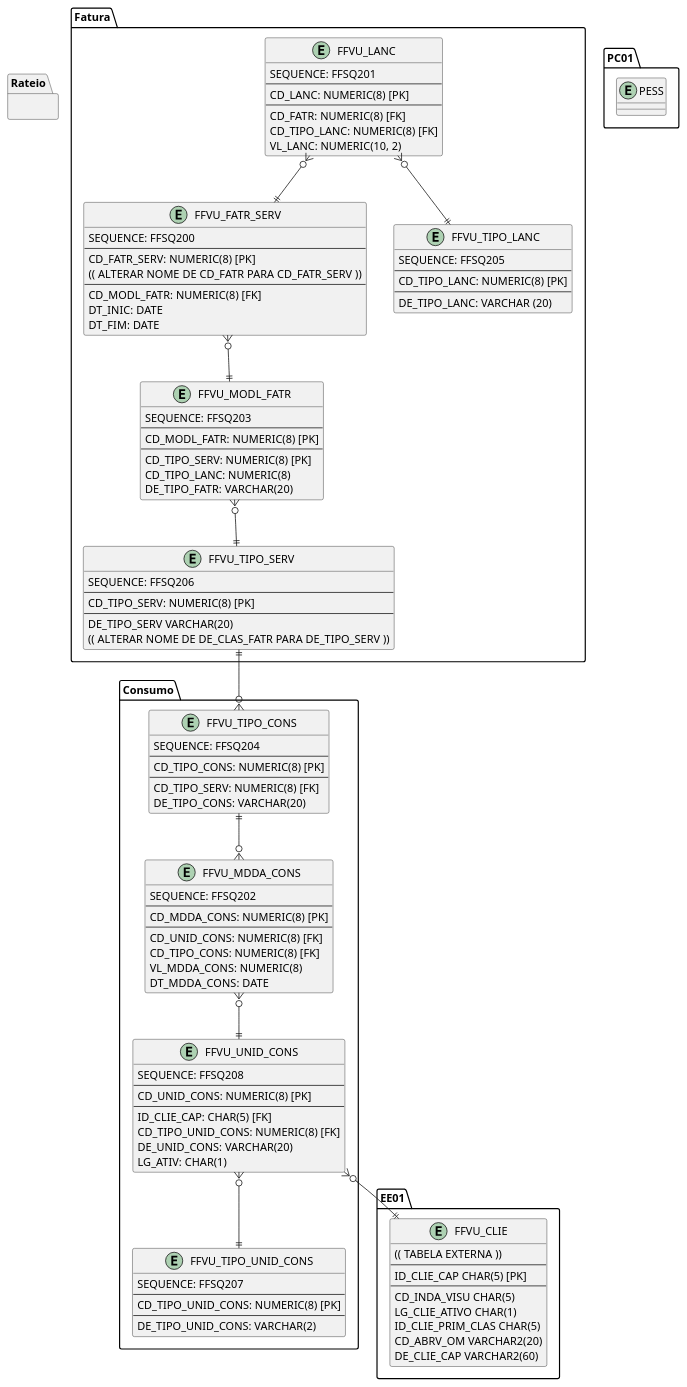
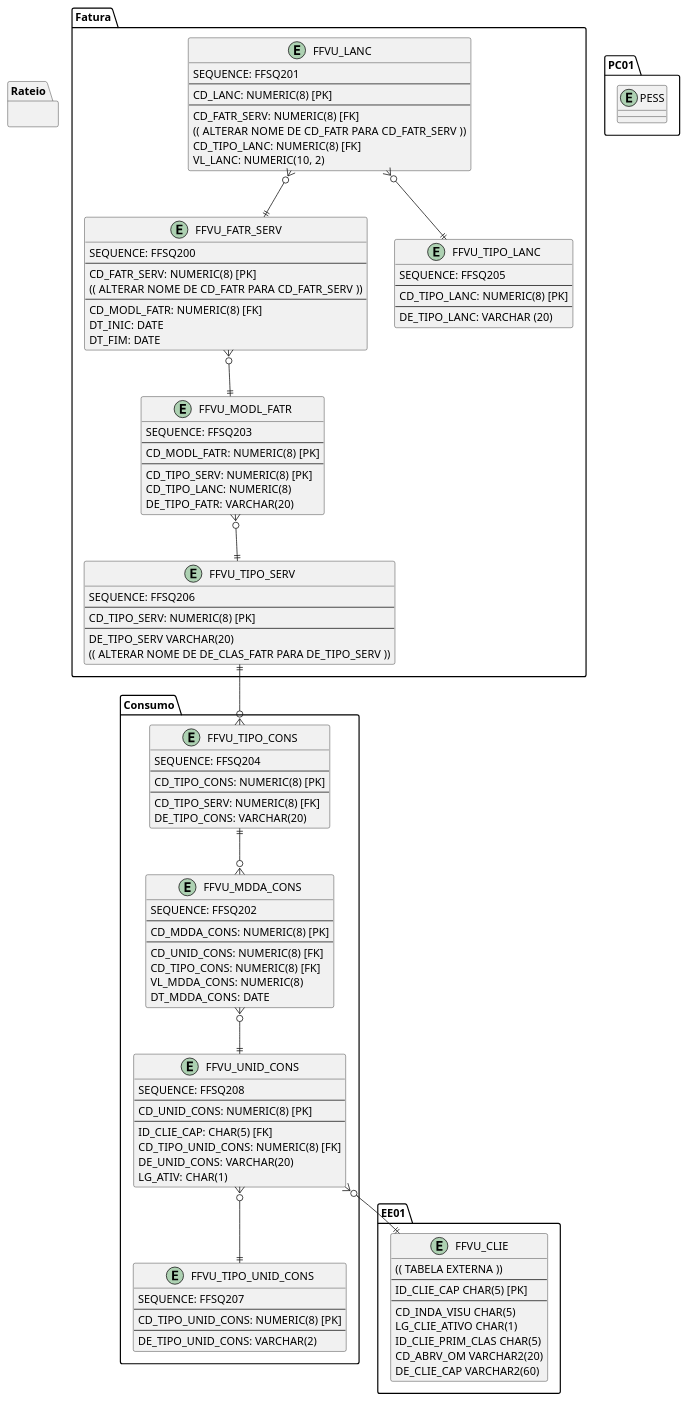
Before and after one commit to adilsonoj/ff02: the diagram in docs/MER.wsd, drawn with PlantUML.

```diff
--- a/docs/MER.wsd
+++ b/docs/MER.wsd
@@ -1,137 +1,138 @@
 @startuml
 
 package Fatura {
 
     entity FFVU_LANC {
         SEQUENCE: FFSQ201
         ---
         CD_LANC: NUMERIC(8) [PK]
         --
-        CD_FATR: NUMERIC(8) [FK]
+        CD_FATR_SERV: NUMERIC(8) [FK]
+        (( ALTERAR NOME DE CD_FATR PARA CD_FATR_SERV ))
         CD_TIPO_LANC: NUMERIC(8) [FK]
         VL_LANC: NUMERIC(10, 2) 
     }
 
     entity FFVU_FATR_SERV {
         SEQUENCE: FFSQ200
         ---
         CD_FATR_SERV: NUMERIC(8) [PK]
         (( ALTERAR NOME DE CD_FATR PARA CD_FATR_SERV ))
         --
         CD_MODL_FATR: NUMERIC(8) [FK]
         DT_INIC: DATE
         DT_FIM: DATE
     }
 
     entity FFVU_MODL_FATR {
         SEQUENCE: FFSQ203
         ---
         CD_MODL_FATR: NUMERIC(8) [PK]
         --
         CD_TIPO_SERV: NUMERIC(8) [PK]
         CD_TIPO_LANC: NUMERIC(8)
         DE_TIPO_FATR: VARCHAR(20)
     }
 
     entity FFVU_TIPO_LANC {
         SEQUENCE: FFSQ205
         ---
         CD_TIPO_LANC: NUMERIC(8) [PK]
         --
         DE_TIPO_LANC: VARCHAR (20)
     }
 
     entity FFVU_TIPO_SERV {
         SEQUENCE: FFSQ206
         ---
         CD_TIPO_SERV: NUMERIC(8) [PK]
         --
         DE_TIPO_SERV VARCHAR(20)
         (( ALTERAR NOME DE DE_CLAS_FATR PARA DE_TIPO_SERV ))
     }
 
 }
 
 package Consumo {
 
     entity FFVU_TIPO_CONS {
         SEQUENCE: FFSQ204
         ---
         CD_TIPO_CONS: NUMERIC(8) [PK]
         --
         CD_TIPO_SERV: NUMERIC(8) [FK]
         DE_TIPO_CONS: VARCHAR(20)
     }
 
     entity FFVU_MDDA_CONS  {
         SEQUENCE: FFSQ202
         ---
         CD_MDDA_CONS: NUMERIC(8) [PK]
         ---
         CD_UNID_CONS: NUMERIC(8) [FK]
         CD_TIPO_CONS: NUMERIC(8) [FK]
         VL_MDDA_CONS: NUMERIC(8)
         DT_MDDA_CONS: DATE
     }
 
     entity FFVU_UNID_CONS {
         SEQUENCE: FFSQ208
         ---
         CD_UNID_CONS: NUMERIC(8) [PK]
         ---
         ID_CLIE_CAP: CHAR(5) [FK]
         CD_TIPO_UNID_CONS: NUMERIC(8) [FK]
         DE_UNID_CONS: VARCHAR(20)
         LG_ATIV: CHAR(1)
     }
 
     entity FFVU_TIPO_UNID_CONS {
         SEQUENCE: FFSQ207
         ---
         CD_TIPO_UNID_CONS: NUMERIC(8) [PK]
         ---
         DE_TIPO_UNID_CONS: VARCHAR(2)
     }
 
 }
 
 package EE01{
 
     entity FFVU_CLIE {
         (( TABELA EXTERNA ))
         ---
         ID_CLIE_CAP CHAR(5) [PK]
         --
         CD_INDA_VISU CHAR(5)
         LG_CLIE_ATIVO CHAR(1)
         ID_CLIE_PRIM_CLAS CHAR(5)
         CD_ABRV_OM VARCHAR2(20)
         DE_CLIE_CAP VARCHAR2(60)
     }
 
 }
 
 package Rateio{
 
 }
 
 package PC01{
 
     entity PESS{
     }
     
 }
 
 'RELACIONAMENTOS
 
 FFVU_LANC }o--|| FFVU_FATR_SERV
 FFVU_LANC }o--|| FFVU_TIPO_LANC
 FFVU_FATR_SERV }o--|| FFVU_MODL_FATR
 FFVU_MODL_FATR }o--|| FFVU_TIPO_SERV
 FFVU_TIPO_SERV ||--o{ FFVU_TIPO_CONS
 FFVU_TIPO_CONS ||--o{ FFVU_MDDA_CONS
 FFVU_MDDA_CONS }o--|| FFVU_UNID_CONS
 FFVU_UNID_CONS }o--|| FFVU_TIPO_UNID_CONS
 FFVU_UNID_CONS }o--|| FFVU_CLIE
 
 @enduml
```
